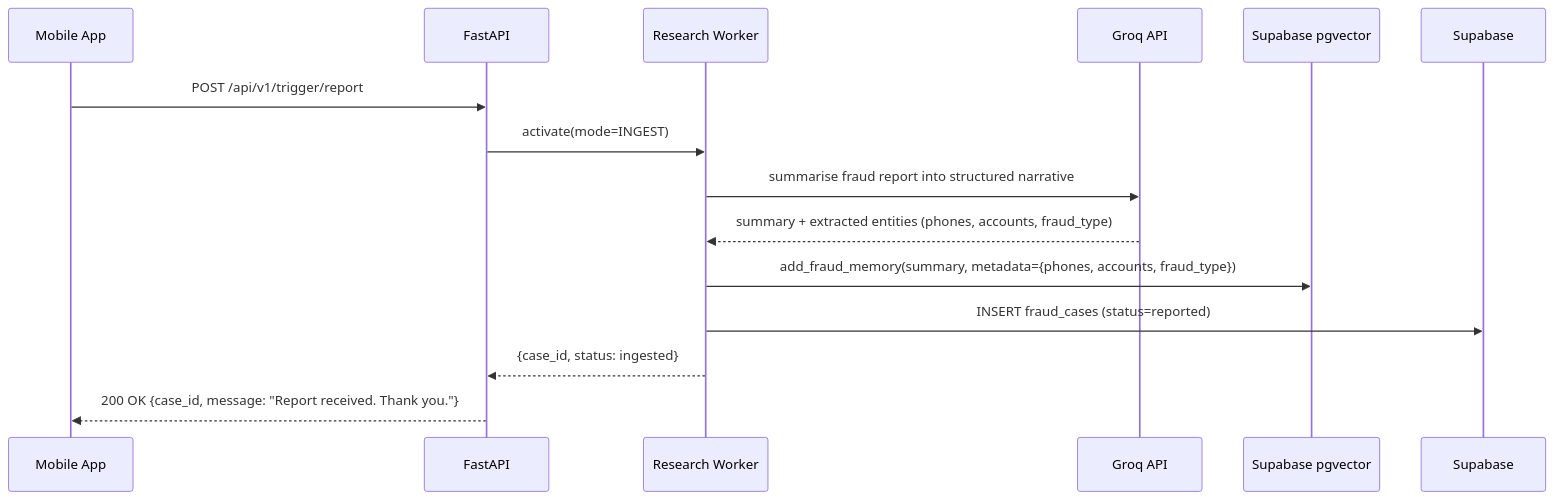
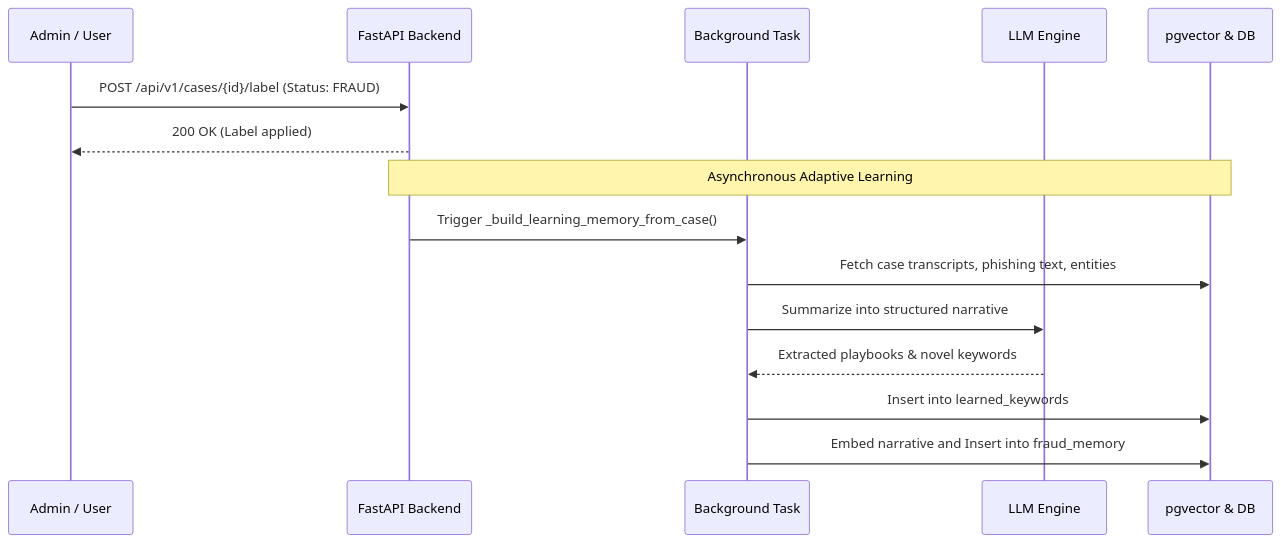
One commit to yx-05/Transafe changed the seventh of 7 diagrams in doc/02_architecture.md. Above: the diagram before and after it, drawn with Mermaid. The commit also changed other lines of this file and 80 other files, not shown here.

````diff
--- a/doc/02_architecture.md
+++ b/doc/02_architecture.md
@@ -320,18 +517,19 @@
 ```mermaid
 sequenceDiagram
-    participant App as Mobile App
-    participant API as FastAPI
-    participant RW as Research Worker
-    participant GROQ as Groq API
-    participant SB_VEC as Supabase pgvector
-    participant SB as Supabase
+    participant Admin as Admin / User
+    participant API as FastAPI Backend
+    participant Task as Background Task
+    participant LLM as LLM Engine
+    participant DB as pgvector & DB
 
-    App->>API: POST /api/v1/trigger/report
-    API->>RW: activate(mode=INGEST)
-    RW->>GROQ: summarise fraud report into structured narrative
-    GROQ-->>RW: summary + extracted entities (phones, accounts, fraud_type)
-    RW->>SB_VEC: add_fraud_memory(summary, metadata={phones, accounts, fraud_type})
-    RW->>SB: INSERT fraud_cases (status=reported)
-    RW-->>API: {case_id, status: ingested}
-    API-->>App: 200 OK {case_id, message: "Report received. Thank you."}
+    Admin->>API: POST /api/v1/cases/{id}/label (Status: FRAUD)
+    API-->>Admin: 200 OK (Label applied)
+    
+    Note over API, DB: Asynchronous Adaptive Learning
+    API->>Task: Trigger _build_learning_memory_from_case()
+    Task->>DB: Fetch case transcripts, phishing text, entities
+    Task->>LLM: Summarize into structured narrative
+    LLM-->>Task: Extracted playbooks & novel keywords
+    Task->>DB: Insert into learned_keywords
+    Task->>DB: Embed narrative and Insert into fraud_memory
 ```
````
